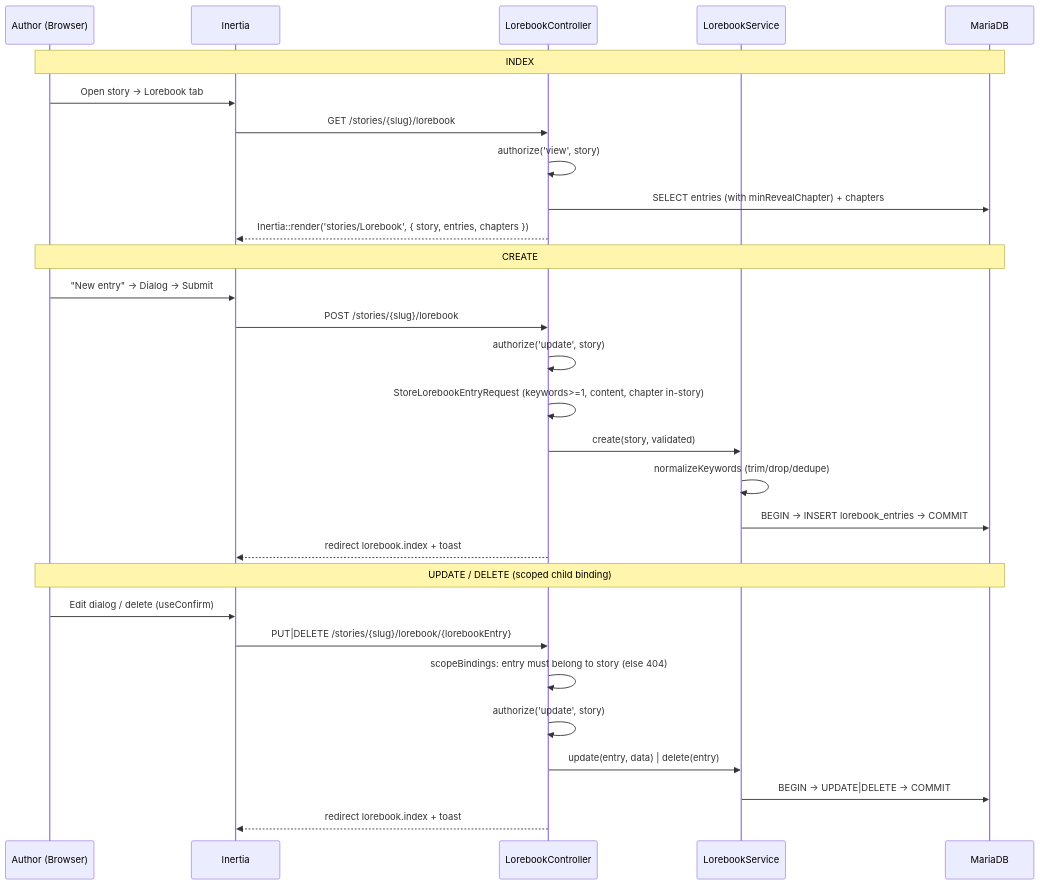
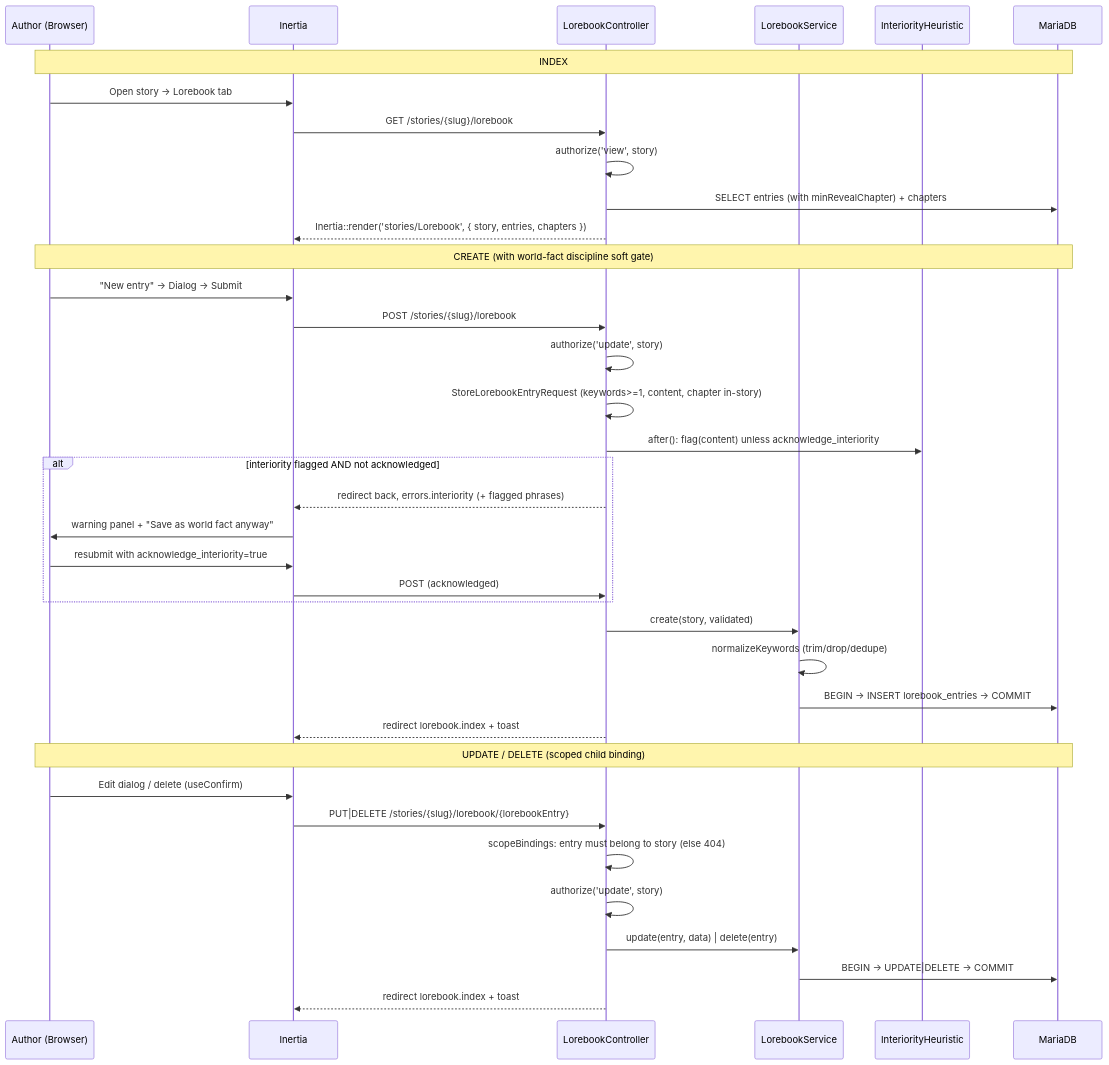
Before and after one commit to ZulfikarHD/text-advanture-app: the first of 2 diagrams in docs/architecture/Diagrams/Authoring/Lorebook_Crud_Flow.md, drawn with Mermaid. The commit also changed other lines of this file and 22 other files, not shown here.

````diff
--- a/docs/architecture/Diagrams/Authoring/Lorebook_Crud_Flow.md
+++ b/docs/architecture/Diagrams/Authoring/Lorebook_Crud_Flow.md
@@ -5,34 +5,42 @@
 ```mermaid
 sequenceDiagram
     participant U as Author (Browser)
     participant I as Inertia
     participant C as LorebookController
     participant S as LorebookService
+    participant H as InteriorityHeuristic
     participant DB as MariaDB
 
     Note over U,DB: INDEX
     U->>I: Open story -> Lorebook tab
     I->>C: GET /stories/{slug}/lorebook
     C->>C: authorize('view', story)
     C->>DB: SELECT entries (with minRevealChapter) + chapters
     C-->>I: Inertia::render('stories/Lorebook', { story, entries, chapters })
 
-    Note over U,DB: CREATE
+    Note over U,DB: CREATE (with world-fact discipline soft gate)
     U->>I: "New entry" -> Dialog -> Submit
     I->>C: POST /stories/{slug}/lorebook
     C->>C: authorize('update', story)
     C->>C: StoreLorebookEntryRequest (keywords>=1, content, chapter in-story)
+    C->>H: after(): flag(content) unless acknowledge_interiority
+    alt interiority flagged AND not acknowledged
+        C-->>I: redirect back, errors.interiority (+ flagged phrases)
+        I->>U: warning panel + "Save as world fact anyway"
+        U->>I: resubmit with acknowledge_interiority=true
+        I->>C: POST (acknowledged)
+    end
     C->>S: create(story, validated)
     S->>S: normalizeKeywords (trim/drop/dedupe)
     S->>DB: BEGIN -> INSERT lorebook_entries -> COMMIT
     C-->>I: redirect lorebook.index + toast
 
     Note over U,DB: UPDATE / DELETE (scoped child binding)
     U->>I: Edit dialog / delete (useConfirm)
     I->>C: PUT|DELETE /stories/{slug}/lorebook/{lorebookEntry}
     C->>C: scopeBindings: entry must belong to story (else 404)
     C->>C: authorize('update', story)
     C->>S: update(entry, data) | delete(entry)
     S->>DB: BEGIN -> UPDATE|DELETE -> COMMIT
     C-->>I: redirect lorebook.index + toast
 ```
````
